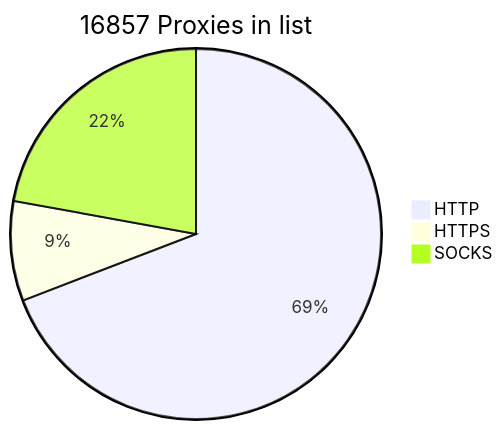
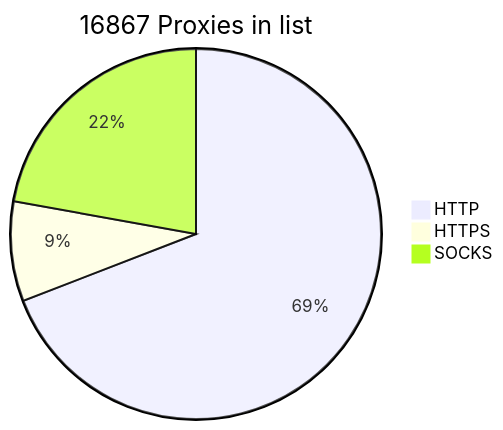
Before and after one commit to BlackSnowDot/proxylist-update-every-minute: the diagram in README.md, drawn with Mermaid.

````diff
--- a/README.md
+++ b/README.md
@@ -2,6 +2,6 @@
 ```mermaid
-pie title 16857 Proxies in list
-    "HTTP" : 11979
-    "HTTPS": 1507
-    "SOCKS" : 3834
+pie title 16867 Proxies in list
+    "HTTP" : 11983
+    "HTTPS": 1509
+    "SOCKS" : 3843
 ```
````
